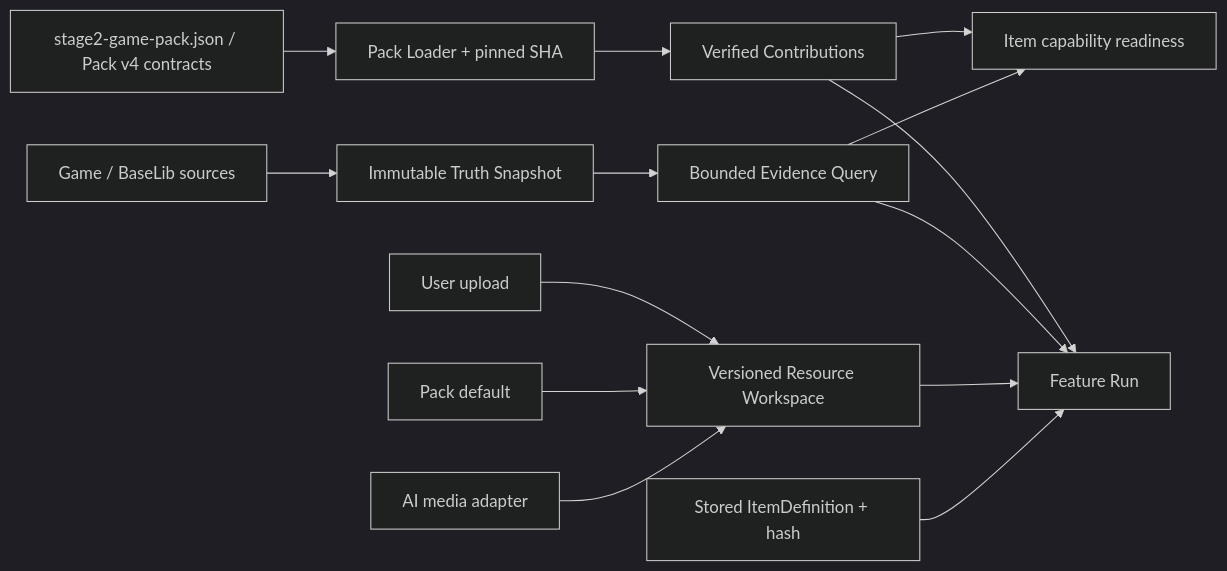
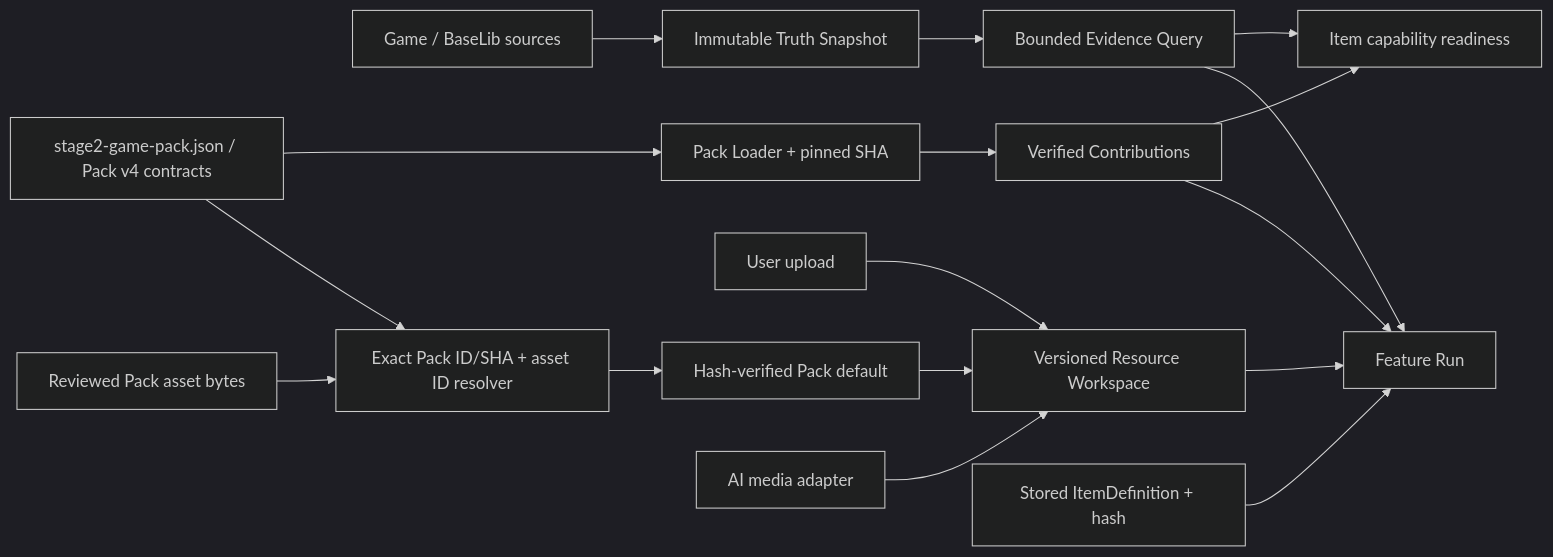
Before and after one commit to Frashmeat/AgentForSTS2: the second of 3 diagrams in docs/01-总览/项目架构总览.md, drawn with Mermaid (dark theme). The commit also changed other lines of this file and 24 other files, not shown here.

````diff
--- a/docs/01-总览/项目架构总览.md
+++ b/docs/01-总览/项目架构总览.md
@@ -119,16 +119,19 @@
 ```mermaid
 flowchart LR
     PackFile[stage2-game-pack.json / Pack v4 contracts] --> Loader[Pack Loader + pinned SHA]
     Loader --> Contributions[Verified Contributions]
     Source[Game / BaseLib sources] --> Snapshot[Immutable Truth Snapshot]
     Snapshot --> Evidence[Bounded Evidence Query]
     Contributions --> Readiness[Item capability readiness]
     Evidence --> Readiness
     Upload[User upload] --> Resource[Versioned Resource Workspace]
-    PackDefault[Pack default] --> Resource
+    PackAsset[Reviewed Pack asset bytes] --> AssetResolver[Exact Pack ID/SHA + asset ID resolver]
+    PackFile --> AssetResolver
+    AssetResolver --> PackDefault[Hash-verified Pack default]
+    PackDefault --> Resource
     AI[AI media adapter] --> Resource
     Contributions --> Feature[Feature Run]
     Evidence --> Feature
     Resource --> Feature
     Item[Stored ItemDefinition + hash] --> Feature
 ```
````
